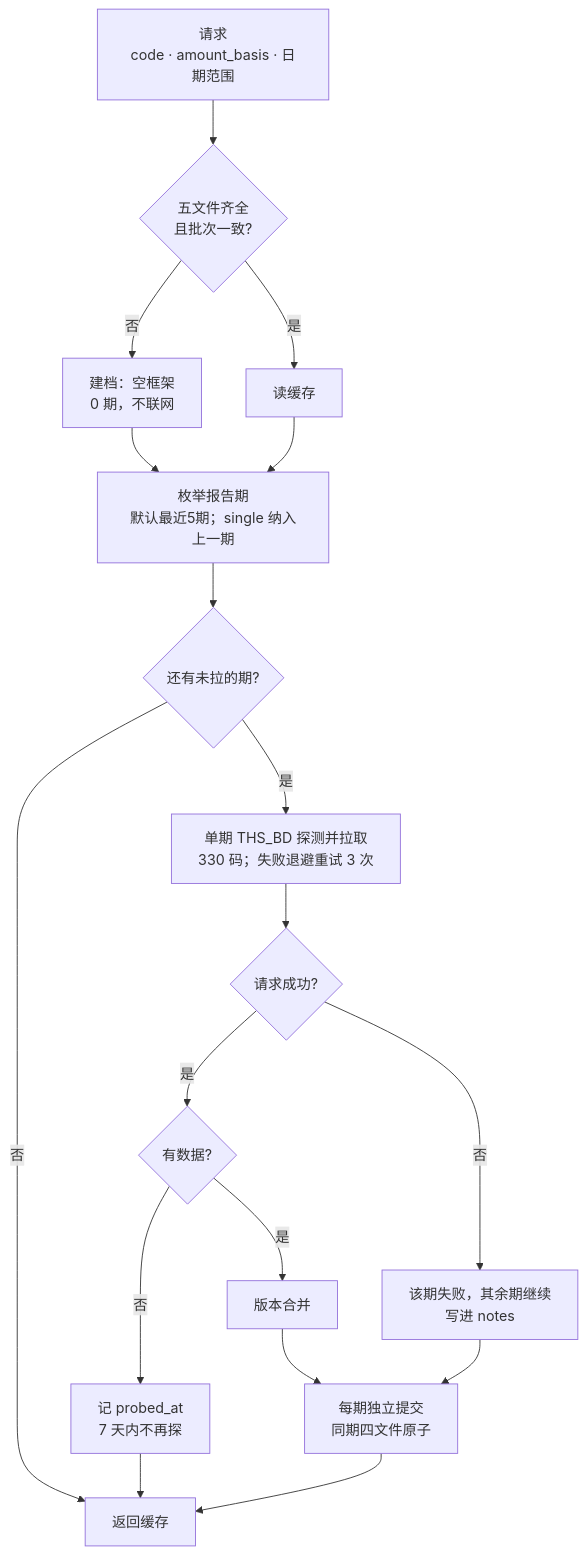
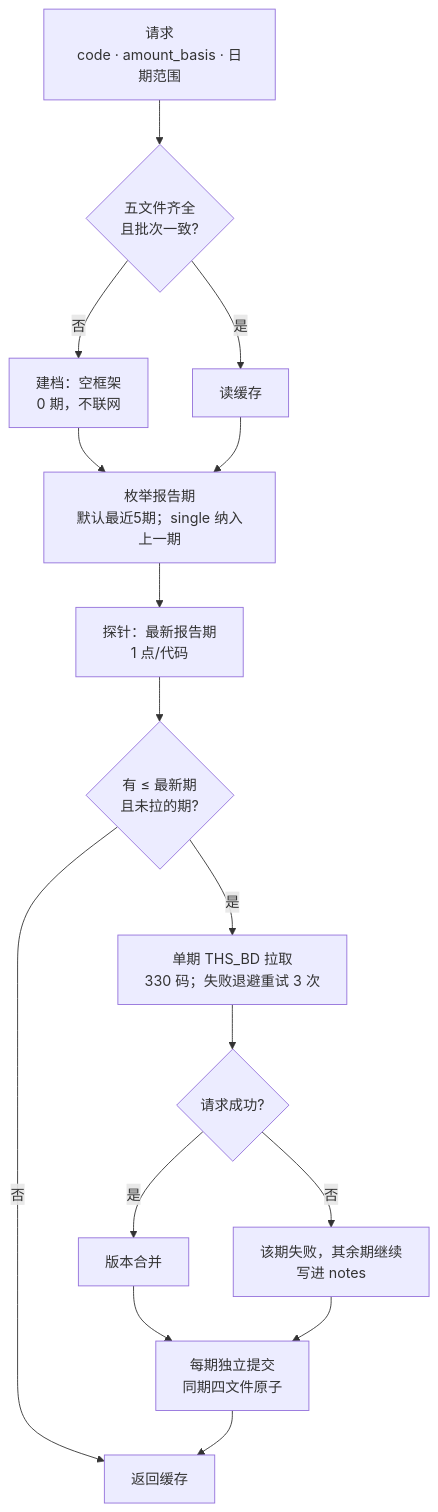
One commit to alone-tree/Ashare-announcements-MCP changed the diagram in docs/assets/src/financial-lazy.mmd. Above: the diagram before and after it, drawn with Mermaid. The commit also changed 7 other files, not shown here.

```diff
--- a/docs/assets/src/financial-lazy.mmd
+++ b/docs/assets/src/financial-lazy.mmd
@@ -1,18 +1,16 @@
 flowchart TD
     A["请求<br/>code · amount_basis · 日期范围"] --> B{"五文件齐全<br/>且批次一致?"}
     B -- 否 --> C["建档：空框架<br/>0 期，不联网"]
     B -- 是 --> D["读缓存"]
     C --> E["枚举报告期<br/>默认最近5期；single 纳入上一期"]
     D --> E
-    E --> F{"还有未拉的期?"}
+    E --> P["探针：最新报告期<br/>1 点/代码"]
+    P --> F{"有 ≤ 最新期<br/>且未拉的期?"}
     F -- 否 --> K["返回缓存"]
-    F -- 是 --> G["单期 THS_BD 探测并拉取<br/>330 码；失败退避重试 3 次"]
+    F -- 是 --> G["单期 THS_BD 拉取<br/>330 码；失败退避重试 3 次"]
     G --> H{"请求成功?"}
     H -- 否 --> L["该期失败，其余期继续<br/>写进 notes"]
-    H -- 是 --> M{"有数据?"}
-    M -- 否 --> P["记 probed_at<br/>7 天内不再探"]
-    M -- 是 --> N["版本合并"]
+    H -- 是 --> N["版本合并"]
     N --> Q["每期独立提交<br/>同期四文件原子"]
     L --> Q
-    P --> K
     Q --> K
```
